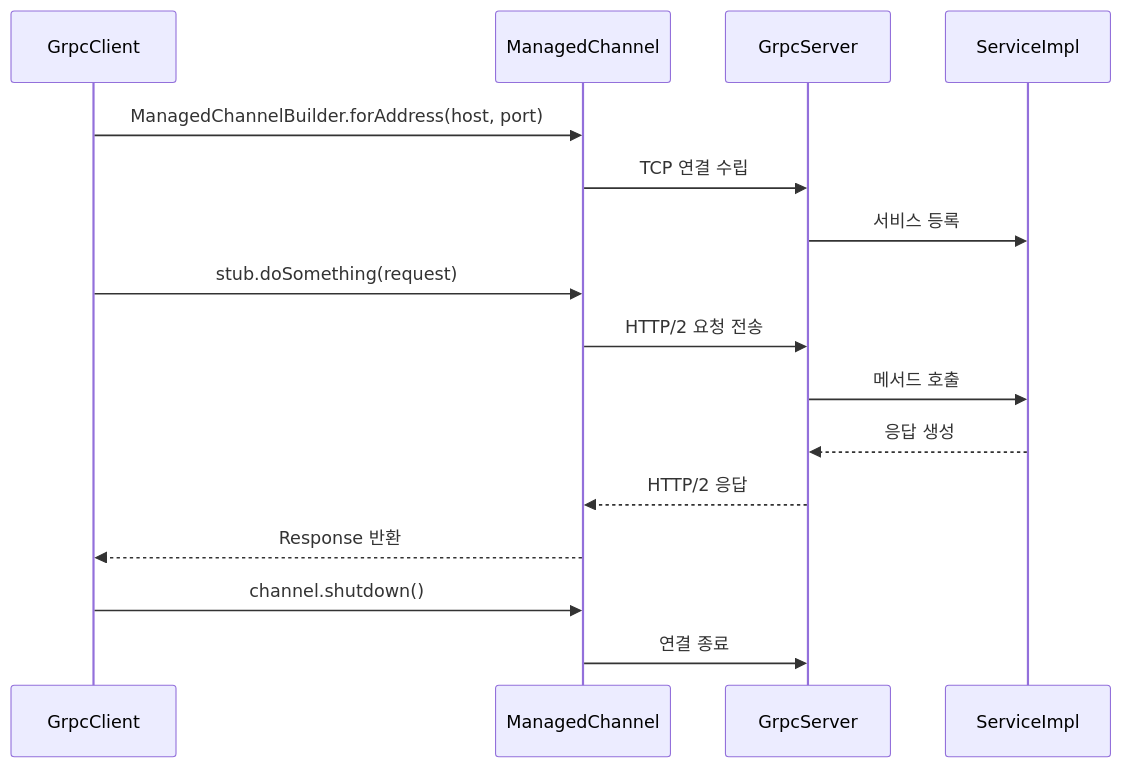
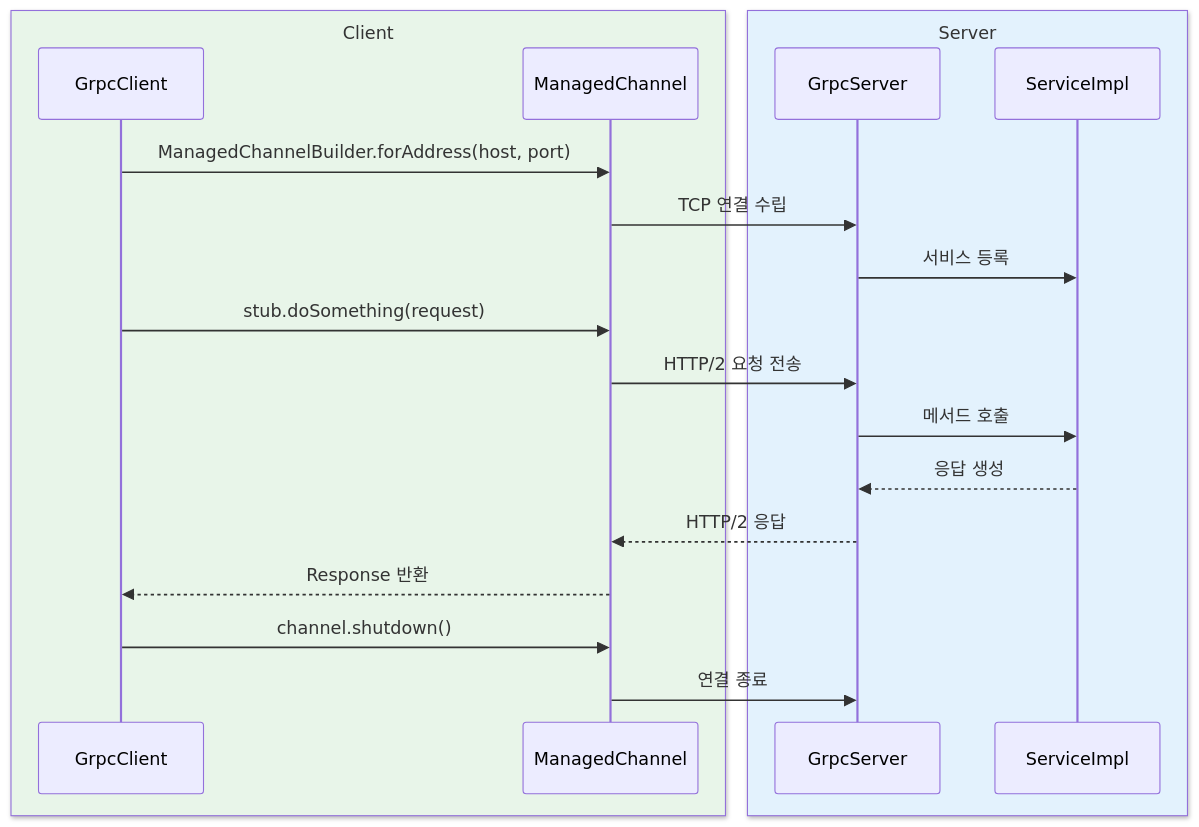
Before and after one commit to bluetape4k/bluetape4k-projects: the third of 4 diagrams in io/grpc/README.ko.md, drawn with Mermaid. The commit also changed other lines of this file and 221 other files, not shown here.

First line of the commit message:
docs: 전체 모듈 README UML 다이어그램 보강 및 색상 업그레이드

````diff
--- a/io/grpc/README.ko.md
+++ b/io/grpc/README.ko.md
@@ -93,21 +109,25 @@
 ```mermaid
 sequenceDiagram
-    participant C as GrpcClient
-    participant CH as ManagedChannel
-    participant S as GrpcServer
-    participant SVC as ServiceImpl
+    box rgb(232, 245, 233) Client
+        participant C as GrpcClient
+        participant CH as ManagedChannel
+    end
+    box rgb(227, 242, 253) Server
+        participant S as GrpcServer
+        participant SVC as ServiceImpl
+    end
 
     C->>CH: ManagedChannelBuilder.forAddress(host, port)
     CH->>S: TCP 연결 수립
     S->>SVC: 서비스 등록
 
     C->>CH: stub.doSomething(request)
     CH->>S: HTTP/2 요청 전송
     S->>SVC: 메서드 호출
     SVC-->>S: 응답 생성
     S-->>CH: HTTP/2 응답
     CH-->>C: Response 반환
 
     C->>CH: channel.shutdown()
     CH->>S: 연결 종료
 ```
````
